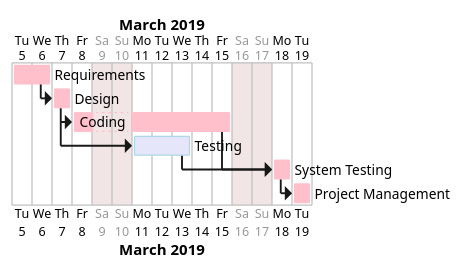
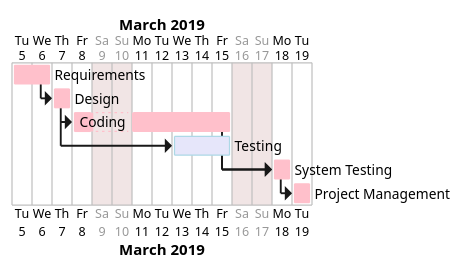
Before and after one commit to salvatore-dimartino/LaTazza: the diagram in templates/templates_EstimationTemplate.md, drawn with PlantUML.

````diff
--- a/templates/templates_EstimationTemplate.md
+++ b/templates/templates_EstimationTemplate.md
@@ -62,14 +62,14 @@
 ```plantuml
 @startgantt
 project starts the 2019/03/5
 sunday are closed
 saturday are closed
 [Requirements] lasts 2 days and is colored in Pink
 [Design] lasts 1 days and starts 0 days after [Requirements]'s end and is colored in Pink
 [Coding] lasts 6 days and starts 0 days after [Design]'s end and is colored in Pink
-[Testing] lasts 3 days and starts 3 days after [Coding]'s start and is colored in Lavender/LightBlue
+[Testing] lasts 3 days and starts 5 days after [Coding]'s start and is colored in Lavender/LightBlue
 [System Testing] lasts 1 days and starts 0 days after [Coding]'s end and is colored in Pink
 [Project Management] lasts 1 days and starts 0 days after [System Testing]'s end and is colored in Pink
 [System Testing] starts 0 days after [Testing]'s end and is colored in Pink
 @endgantt
 ```
````
